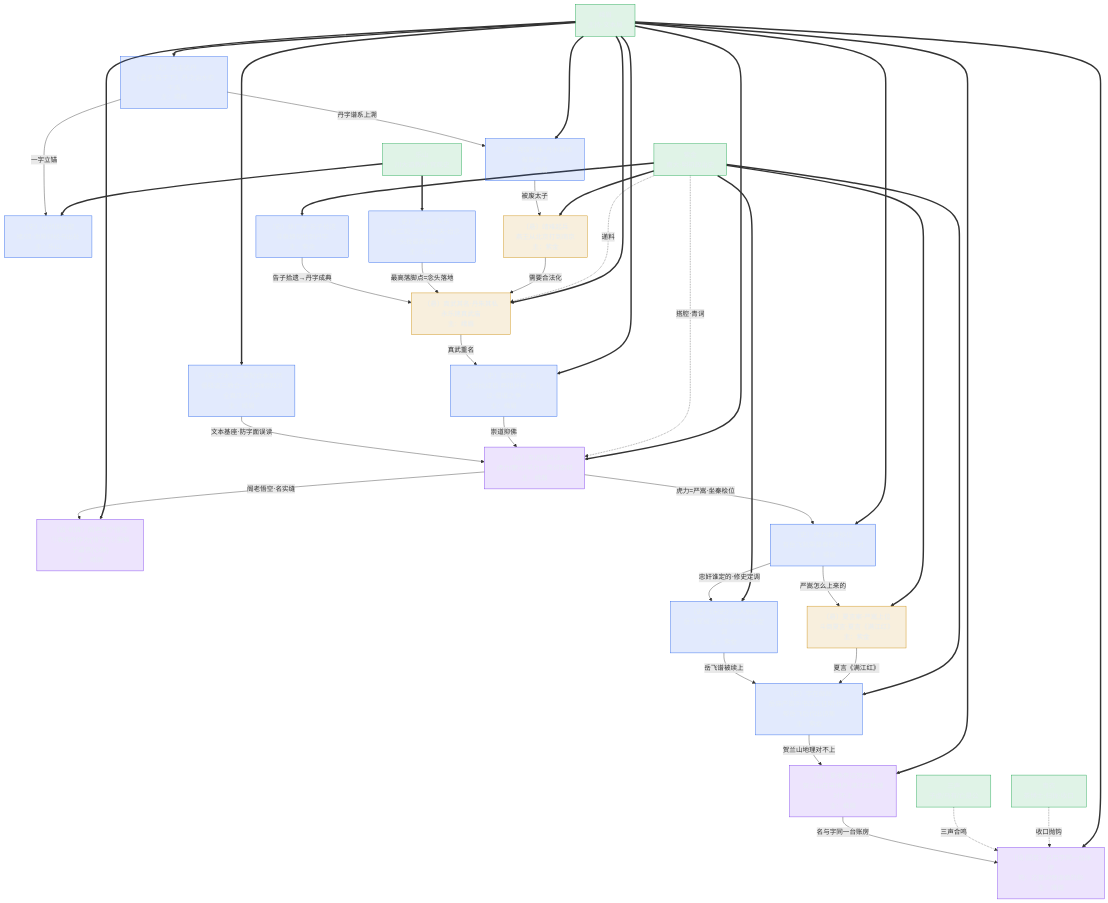
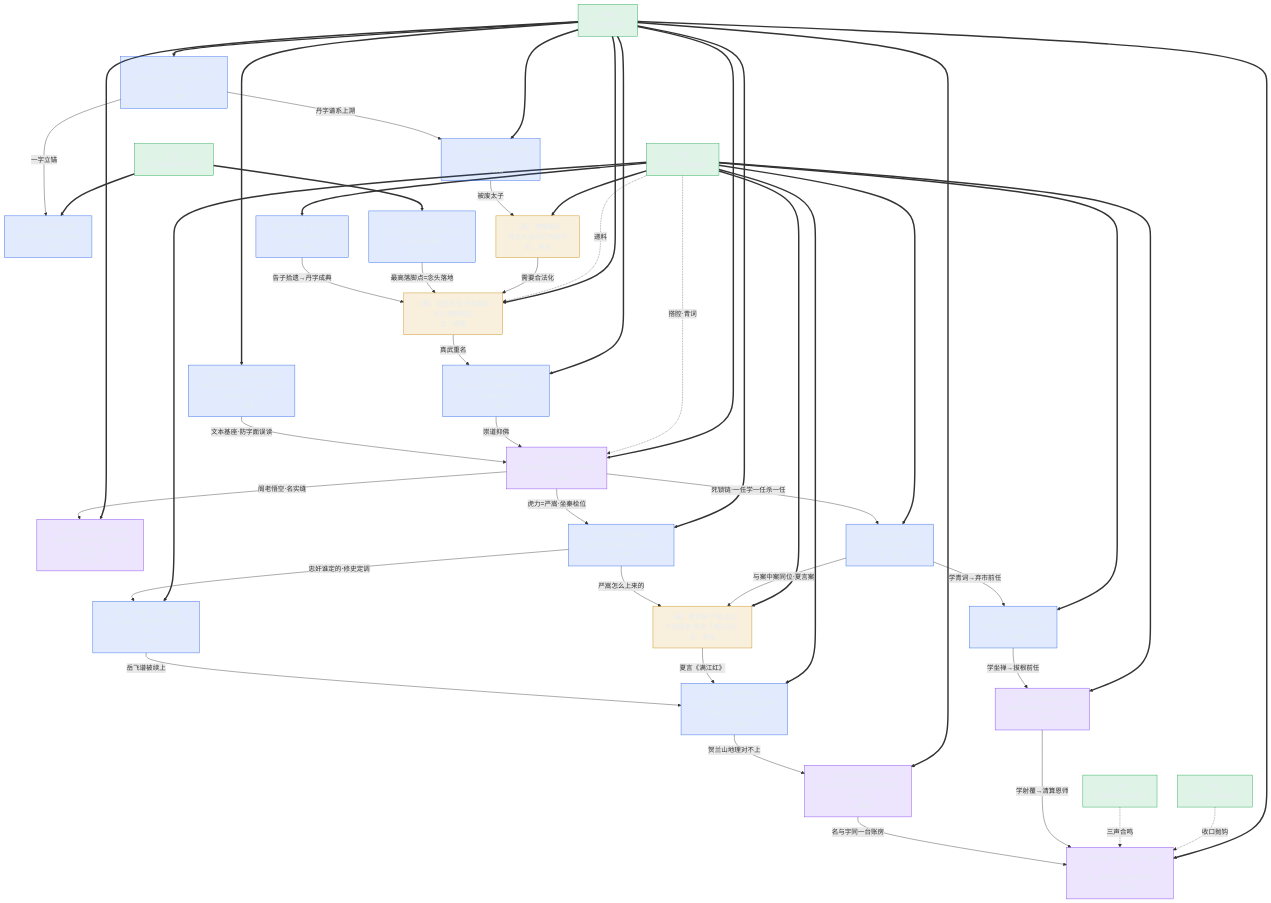
The diagram in docs/三更道场_第一期_知识图谱_mermaid.md (Seek-Key-LTD/kunpengzhi-podcast), drawn with Mermaid before and after one commit. The commit also changed other lines of this file, not shown here.

Commit message:
docs: 绝密死锁链c1-c3(一任学一任杀一任)+张居正=羊力下油锅尸检校准(差点开棺→全家下锅)

```diff
--- a/docs/三更道场_第一期_知识图谱_mermaid.md
+++ b/docs/三更道场_第一期_知识图谱_mermaid.md
@@ -54,6 +54,11 @@
     k9["〔设〕车迟国斗法<br/>虎力/鹿力/羊力＝青词宰相<br/>主：峨眉"]:::t
     k9a["〔史·文本〕三家配合本如然<br/>儒释道三教合一·1.0禅宗/2.0全真/3.0心学<br/>主：峨眉"]:::s
     k9b["〔设·机锋〕阁老各个悟空<br/>①表无所作为(悟'空')②里猴子逼宫(心猿)<br/>主：峨眉"]:::t
+
+    %% ===== 死锁链层（绝密·一任学一任杀一任·嵌幕四） =====
+    c1["〔史〕夏言➔严嵩<br/>学青词/求雨·复套弃市<br/>主：紫金"]:::s
+    c2["〔史〕严嵩➔徐阶<br/>学坐禅/隐忍·严家拔根<br/>主：紫金"]:::s
+    c3["〔设〕徐阶➔张居正<br/>学射覆/考成法·全家下锅<br/>主：紫金"]:::t
 
     %% ===== 案中案层（满江红案·嵌幕四） =====
     m1["〔史〕虎力坐秦桧位<br/>有岳飞就需要秦桧·忠奸一对<br/>主：峨眉"]:::s
@@ -77,6 +82,9 @@
     zj -.->|搭腔·青词| k9
     em ==> k9a
     em ==> k9b
+    zj ==> c1
+    zj ==> c2
+    zj ==> c3
     em ==> m1
     zj ==> m2
     zj ==> m3
@@ -98,6 +106,13 @@
     k9a -->|文本基座·防字面误读| k9
     k9 -->|阁老悟空·名实缝| k9b
 
+    %% ===== 死锁链关系（一任学一任·一任杀一任） =====
+    k9 -->|死锁链·一任学一任杀一任| c1
+    c1 -->|学青词→弃市前任| c2
+    c2 -->|学坐禅→拔根前任| c3
+    c3 -->|学射覆→清算恩师| m6
+    c1 -->|与案中案同位·夏言案| m3
+
     %% ===== 案中案关系（嵌幕四·满江红重走） =====
     k9 -->|虎力=严嵩·坐秦桧位| m1
     m1 -->|忠奸谁定的·修史定调| m2
```
